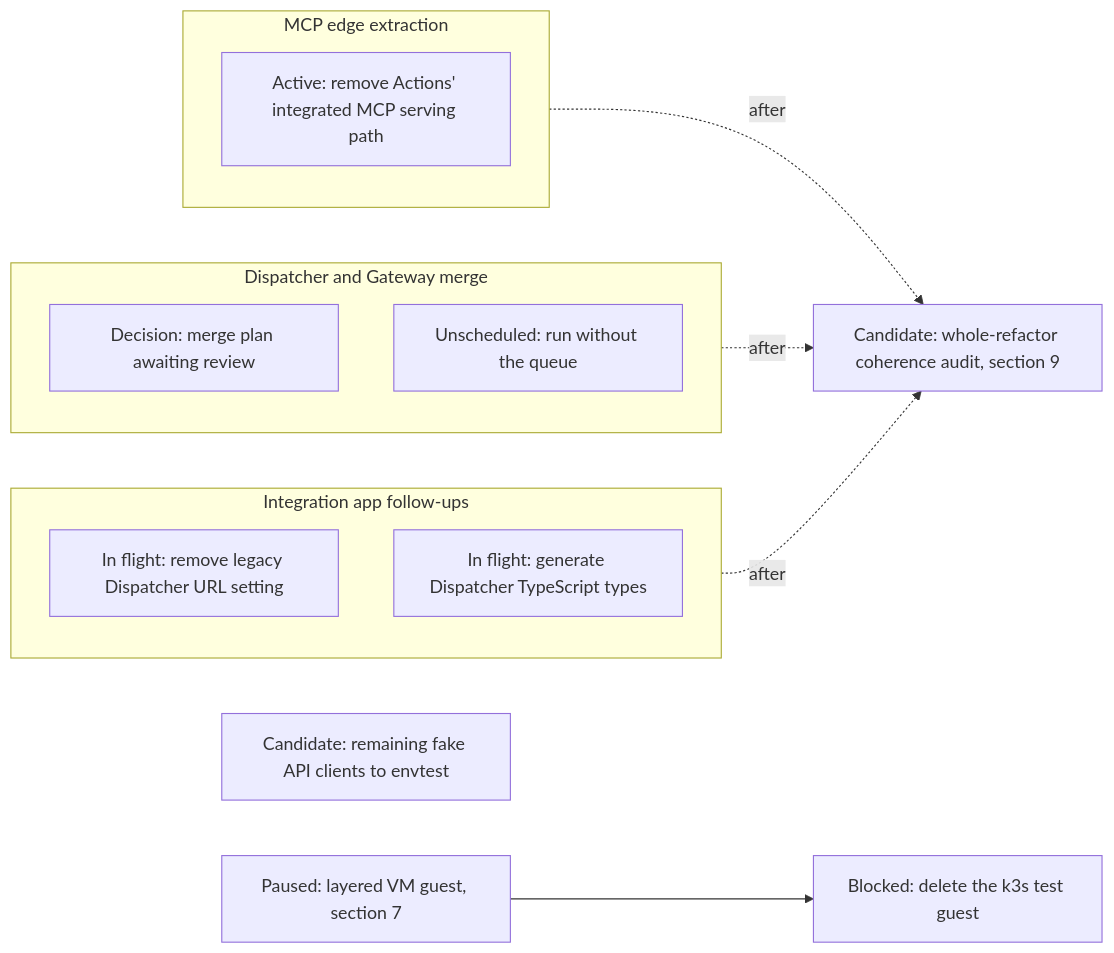
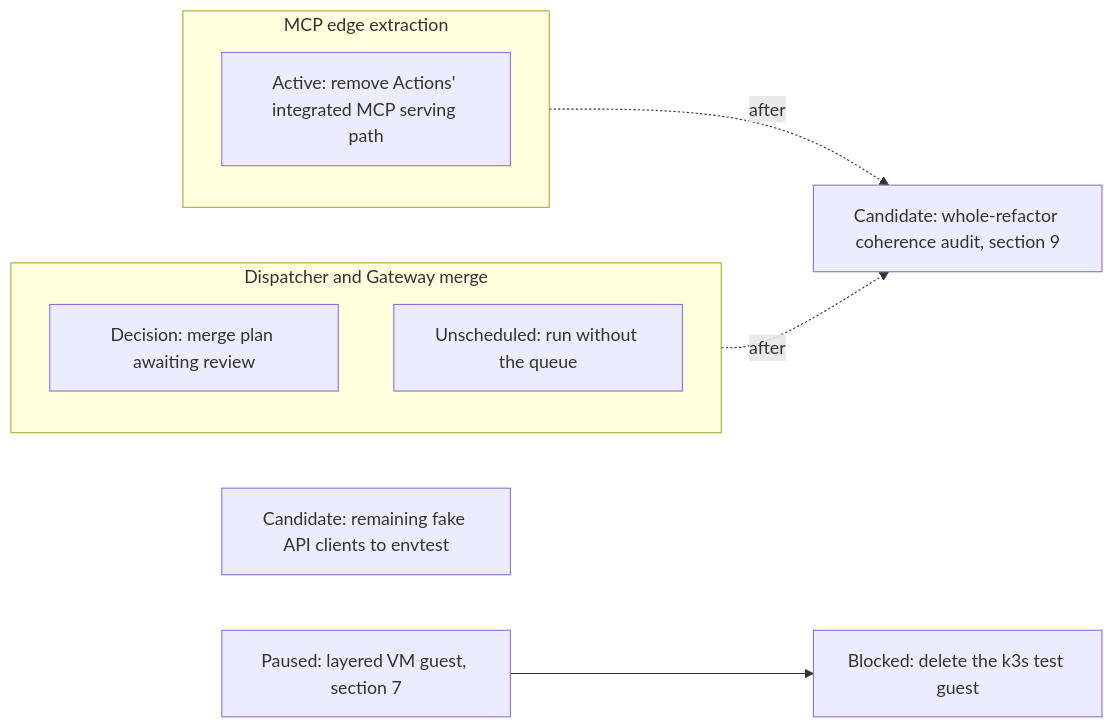
The first of 17 diagrams in agentplane/plans/task_dag.md (agentydragon-agent/ducktape), drawn with Mermaid before and after one commit. The commit also changed other lines of this file and 4 other files, not shown here.

Commit message:
Remove retired Dispatcher HTTP URL parser setting

````diff
--- a/agentplane/plans/task_dag.md
+++ b/agentplane/plans/task_dag.md
@@ -31,19 +31,14 @@
 ```mermaid
 flowchart LR
     subgraph ACTION_TRACK[MCP edge extraction]
         ACTION_MCP_EDGE_SPLIT[Active: remove Actions' integrated MCP serving path]
     end
     subgraph DISPATCH_TRACK[Dispatcher and Gateway merge]
         DISPATCHER_PERSISTENCE_MODEL_DESIGN[Decision: merge plan awaiting review]
         DISPATCHER_QUEUE_OPTIONAL[Unscheduled: run without the queue]
     end
-    subgraph APP_FOLLOW_UPS[Integration app follow-ups]
-        APP_DISPATCHER_HTTP_SETTING_CLEANUP[In flight: remove legacy Dispatcher URL setting]
-        APP_DISPATCHER_TS_TYPES[In flight: generate Dispatcher TypeScript types]
-    end
     FAKE_CLIENTS_TO_ENVTEST[Candidate: remaining fake API clients to envtest]
     RUNNER_LAYERING_VM[Paused: layered VM guest, section 7] --> K3S_TEST_GUEST_RETIRE[Blocked: delete the k3s test guest]
     ACTION_TRACK -. after .-> REFACTOR_COHERENCE_AUDIT[Candidate: whole-refactor coherence audit, section 9]
     DISPATCH_TRACK -. after .-> REFACTOR_COHERENCE_AUDIT
-    APP_FOLLOW_UPS -. after .-> REFACTOR_COHERENCE_AUDIT
 ```
````
